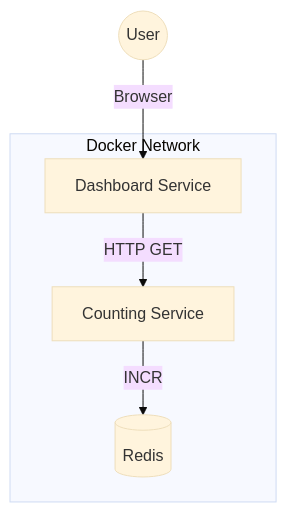
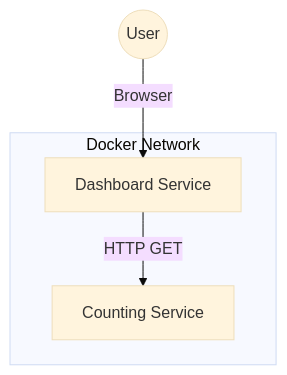
The diagram in README.md (winyannainghtut/dashboard-couting), drawn with Mermaid (base theme) before and after one commit. The commit also changed other lines of this file and 18 other files, not shown here.

````diff
--- a/README.md
+++ b/README.md
@@ -72,15 +28,13 @@
 ```mermaid
 graph TD
     User((User))
     
     subgraph "Docker Network"
         DS[Dashboard Service]
         CS[Counting Service]
-        Redis[(Redis)]
         
         DS -- HTTP GET --> CS
-        CS -- INCR --> Redis
     end
     
     User -- Browser --> DS
 ```
````
